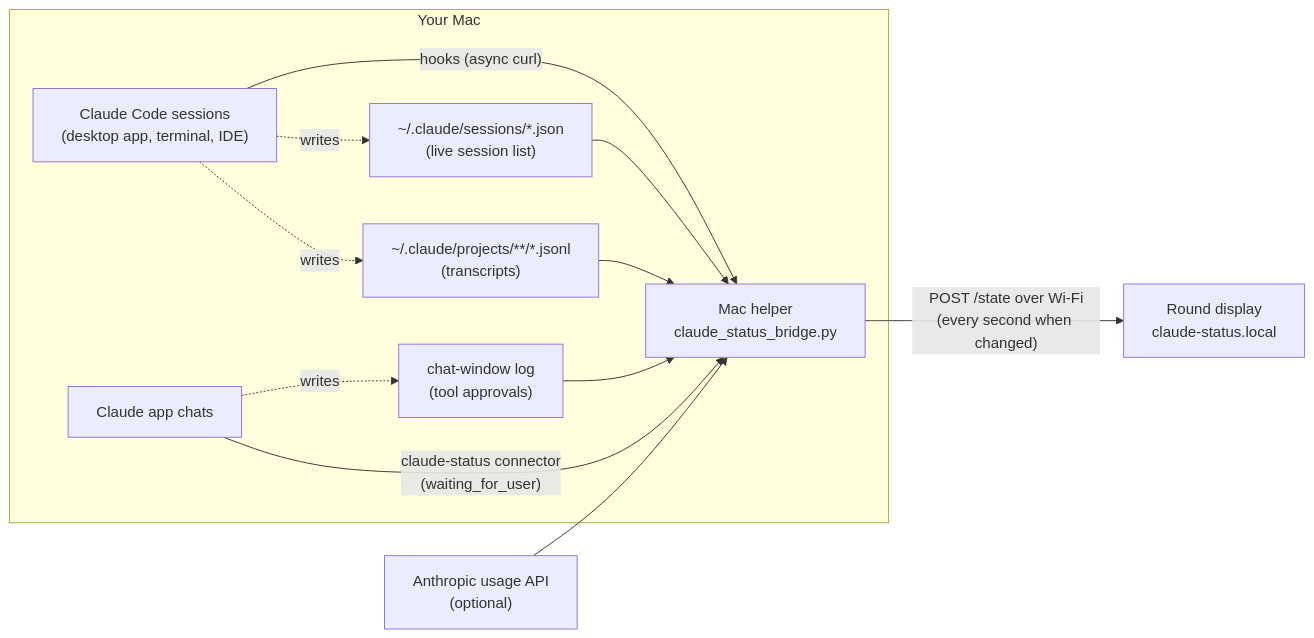
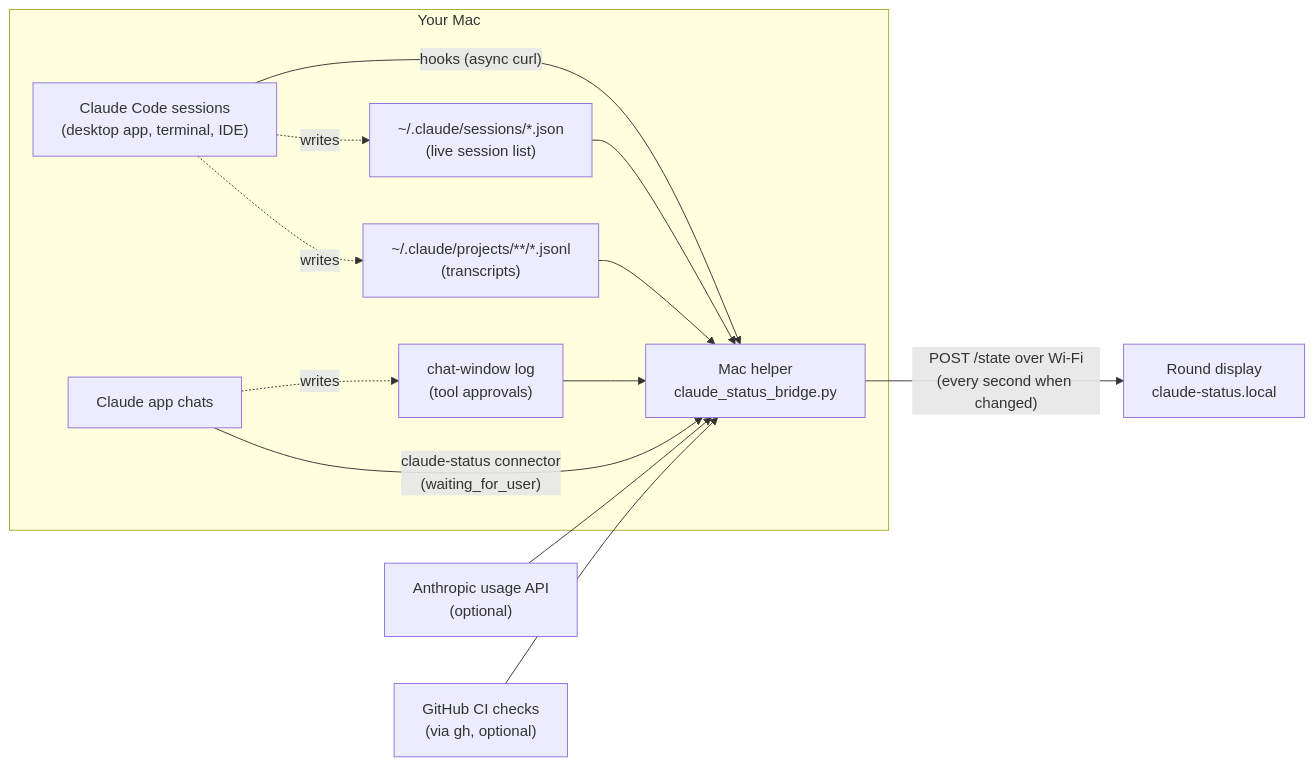
One commit to boujois/waveshare-esp32-claude-monitor changed the diagram in README.md. Above: the diagram before and after it, drawn with Mermaid. The commit also changed other lines of this file and 7 other files, not shown here.

````diff
--- a/README.md
+++ b/README.md
@@ -83,21 +86,22 @@
 ```mermaid
 flowchart LR
     subgraph Mac["Your Mac"]
         CC["Claude Code sessions<br/>(desktop app, terminal, IDE)"]
         S["~/.claude/sessions/*.json<br/>(live session list)"]
         T["~/.claude/projects/**/*.jsonl<br/>(transcripts)"]
         B["Mac helper<br/>claude_status_bridge.py"]
         CC -- "hooks (async curl)" --> B
         CC -.writes.-> S
         CC -.writes.-> T
         S --> B
         T --> B
         CH["Claude app chats"]
         L["chat-window log<br/>(tool approvals)"]
         CH -.writes.-> L
         L --> B
         CH -- "claude-status connector<br/>(waiting_for_user)" --> B
     end
     A["Anthropic usage API<br/>(optional)"] --> B
+    G["GitHub CI checks<br/>(via gh, optional)"] --> B
     B -- "POST /state over Wi-Fi<br/>(every second when changed)" --> D["Round display<br/>claude-status.local"]
 ```
````
